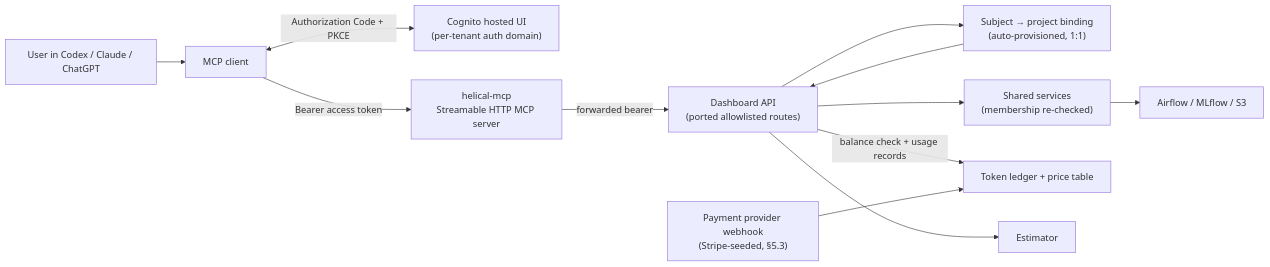
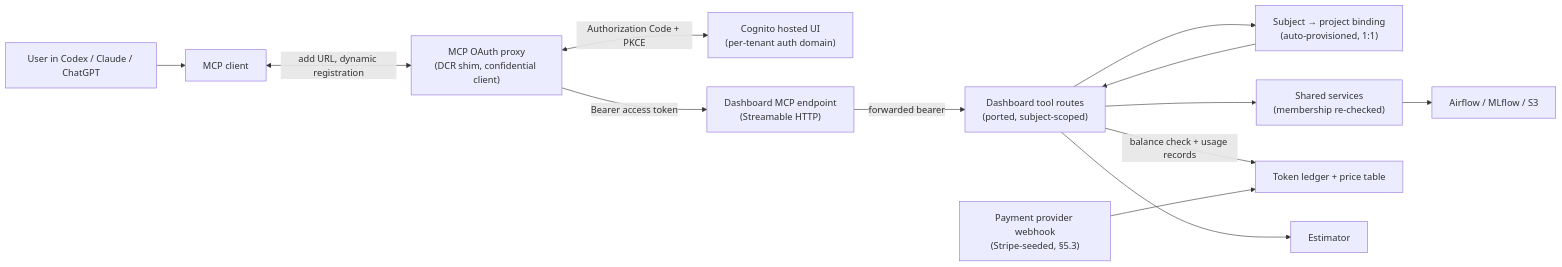
Before and after one commit to helicalAI/heli-plugin: the diagram in DESIGN.md, drawn with Mermaid. The commit also changed other lines of this file and 2 other files, not shown here.

First line of the commit message:
docs: the MCP endpoint lives in the dashboard, not a separate service (#2)

````diff
--- a/DESIGN.md
+++ b/DESIGN.md
@@ -199,26 +211,28 @@
 ```mermaid
 flowchart LR
     U["User in Codex / Claude / ChatGPT"]
     H["MCP client"]
     A["Cognito hosted UI<br/>(per-tenant auth domain)"]
-    M["helical-mcp<br/>Streamable HTTP MCP server"]
-    D["Dashboard API<br/>(ported allowlisted routes)"]
+    X["MCP OAuth proxy<br/>(DCR shim, confidential client)"]
+    M["Dashboard MCP endpoint<br/>(Streamable HTTP)"]
+    D["Dashboard tool routes<br/>(ported, subject-scoped)"]
     B["Subject → project binding<br/>(auto-provisioned, 1:1)"]
     S["Shared services<br/>(membership re-checked)"]
     L["Token ledger + price table"]
     E["Estimator"]
     P["Airflow / MLflow / S3"]
     W["Payment provider webhook<br/>(Stripe-seeded, §5.3)"]
 
     U --> H
-    H <-->|"Authorization Code + PKCE"| A
-    H -->|"Bearer access token"| M
+    H <-->|"add URL, dynamic registration"| X
+    X <-->|"Authorization Code + PKCE"| A
+    X -->|"Bearer access token"| M
     M -->|"forwarded bearer"| D
     D --> B
     B --> D
     D --> S
     S --> P
     D --> E
     D -->|"balance check + usage records"| L
     W --> L
 ```
````
